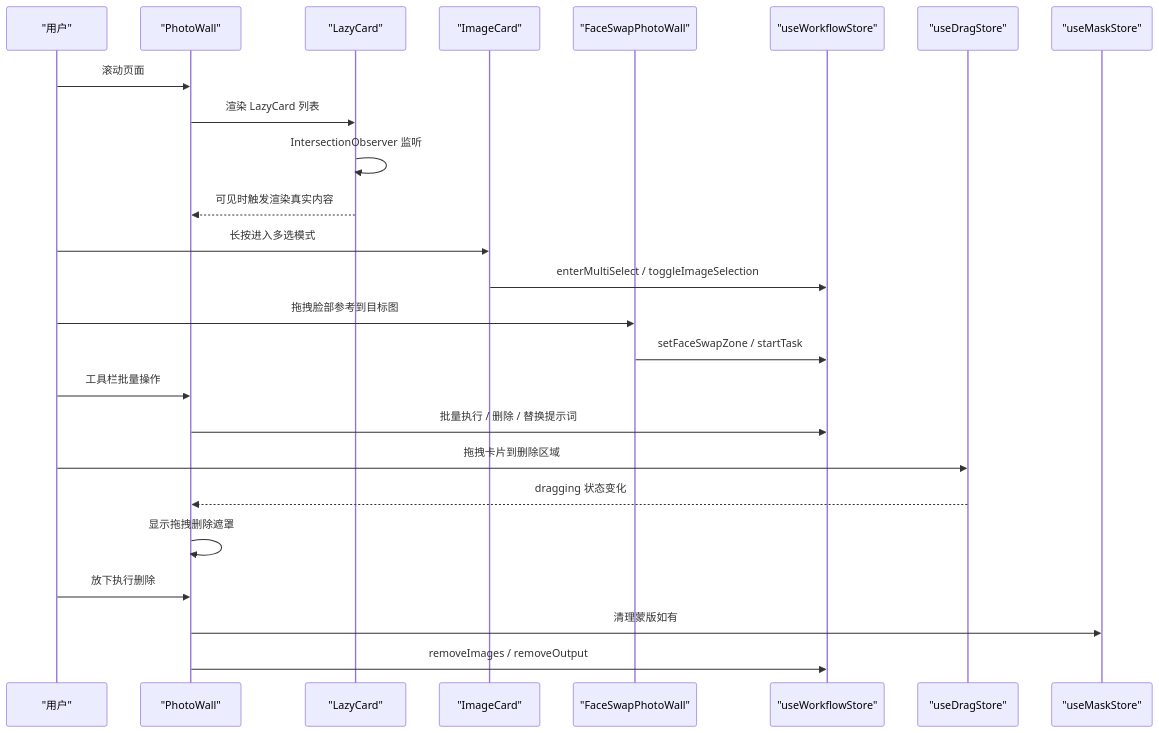
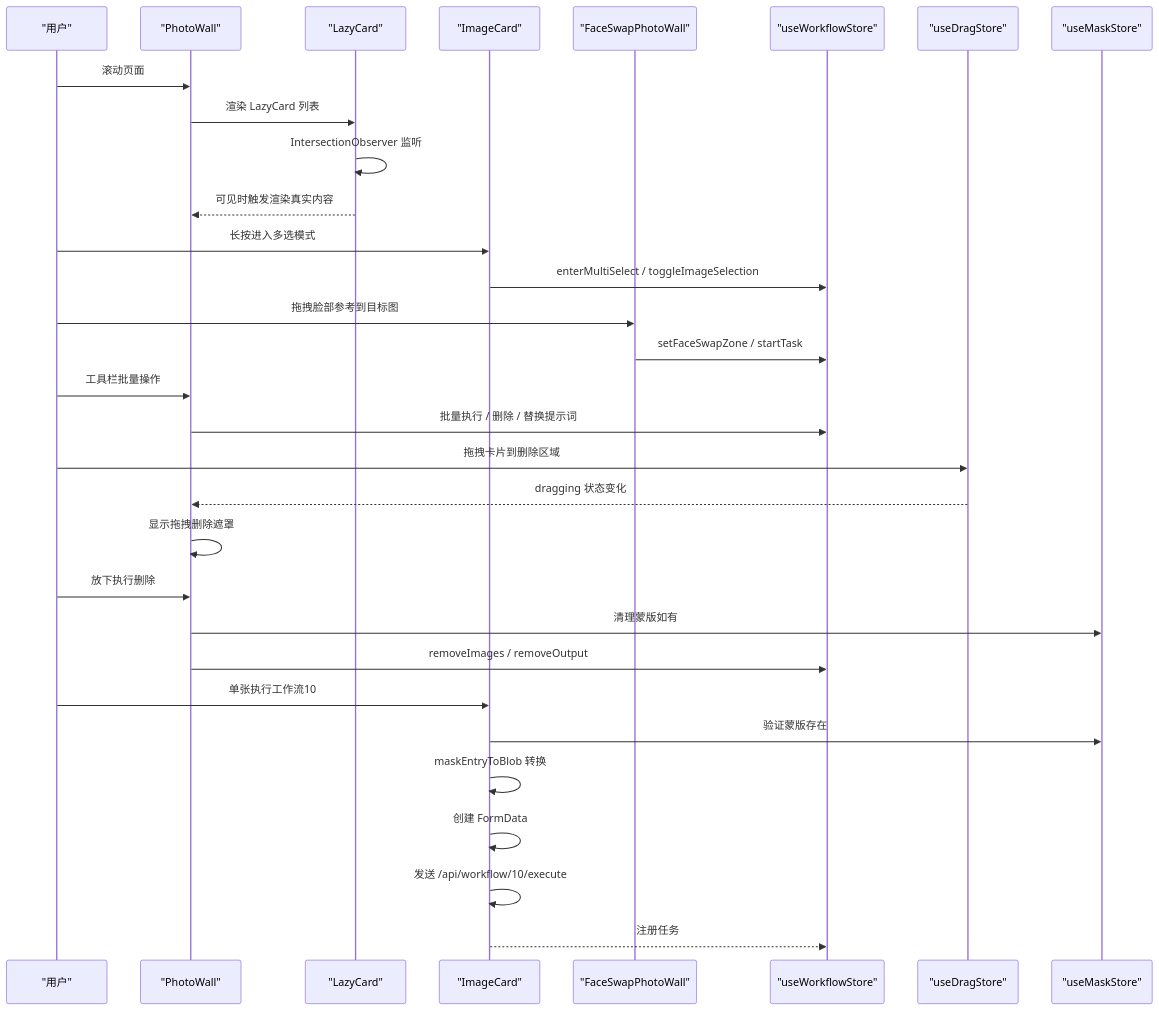
One commit to billye220670/CorineKit_Pix2Real changed the second of 9 diagrams in .qoder/repowiki/zh/content/用户界面组件/核心界面组件/图片墙组件 (PhotoWall).md. Above: the diagram before and after it, drawn with Mermaid. The commit also changed other lines of this file and 21 other files, not shown here.

````diff
--- a/.qoder/repowiki/zh/content/用户界面组件/核心界面组件/图片墙组件 (PhotoWall).md
+++ b/.qoder/repowiki/zh/content/用户界面组件/核心界面组件/图片墙组件 (PhotoWall).md
@@ -117,27 +126,33 @@
 ```mermaid
 sequenceDiagram
 participant U as "用户"
 participant PW as "PhotoWall"
 participant LC as "LazyCard"
 participant IC as "ImageCard"
 participant FSPW as "FaceSwapPhotoWall"
 participant WFS as "useWorkflowStore"
 participant DS as "useDragStore"
 participant MS as "useMaskStore"
 U->>PW : 滚动页面
 PW->>LC : 渲染 LazyCard 列表
 LC->>LC : IntersectionObserver 监听
 LC-->>PW : 可见时触发渲染真实内容
 U->>IC : 长按进入多选模式
 IC->>WFS : enterMultiSelect / toggleImageSelection
 U->>FSPW : 拖拽脸部参考到目标图
 FSPW->>WFS : setFaceSwapZone / startTask
 U->>PW : 工具栏批量操作
 PW->>WFS : 批量执行 / 删除 / 替换提示词
 U->>DS : 拖拽卡片到删除区域
 DS-->>PW : dragging 状态变化
 PW->>PW : 显示拖拽删除遮罩
 U->>PW : 放下执行删除
 PW->>MS : 清理蒙版如有
 PW->>WFS : removeImages / removeOutput
+U->>IC : 单张执行工作流10
+IC->>MS : 验证蒙版存在
+IC->>IC : maskEntryToBlob 转换
+IC->>IC : 创建 FormData
+IC->>IC : 发送 /api/workflow/10/execute
+IC-->>WFS : 注册任务
 ```
````
